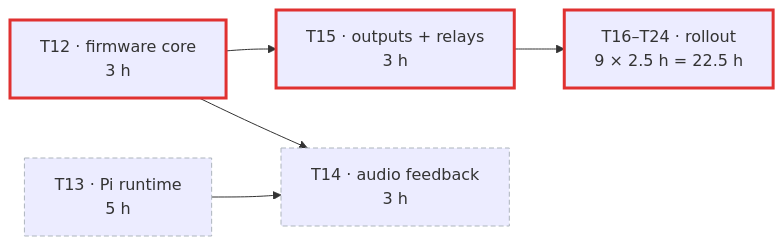
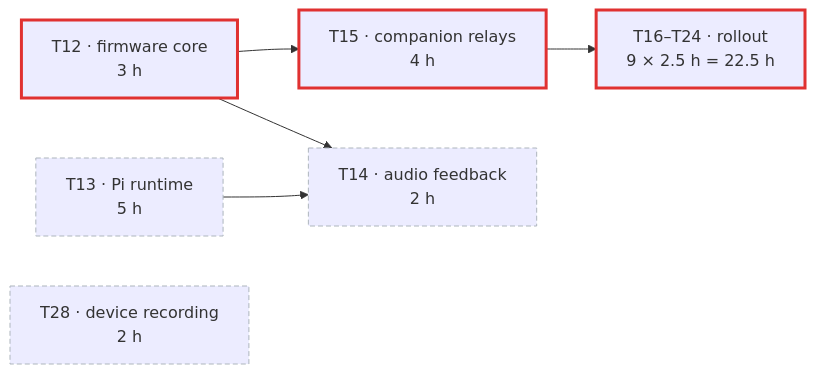
One commit to franzemil/ultron changed the diagram in .ai/sdd/specs/003-can-act/tasks.md. Above: the diagram before and after it, drawn with Mermaid. The commit also changed other lines of this file and 3 other files, not shown here.

````diff
--- a/.ai/sdd/specs/003-can-act/tasks.md
+++ b/.ai/sdd/specs/003-can-act/tasks.md
@@ -64,13 +75,14 @@
 ```mermaid
 flowchart LR
-    T12["T12 · firmware core<br/>3 h"] --> T15["T15 · outputs + relays<br/>3 h"]
+    T12["T12 · firmware core<br/>3 h"] --> T15["T15 · companion relays<br/>4 h"]
     T13["T13 · Pi runtime<br/>5 h"]
-    T14["T14 · audio feedback<br/>3 h"]
+    T14["T14 · audio feedback<br/>2 h"]
+    T28["T28 · device recording<br/>2 h"]
     T12 --> T14
     T13 --> T14
     T15 --> T16["T16–T24 · rollout<br/>9 × 2.5 h = 22.5 h"]
     classDef crit stroke:#e03131,stroke-width:3px
     classDef off stroke:#adb5bd,stroke-dasharray:5 3
     class T12,T15,T16 crit
-    class T13,T14 off
+    class T13,T14,T28 off
 ```
````
